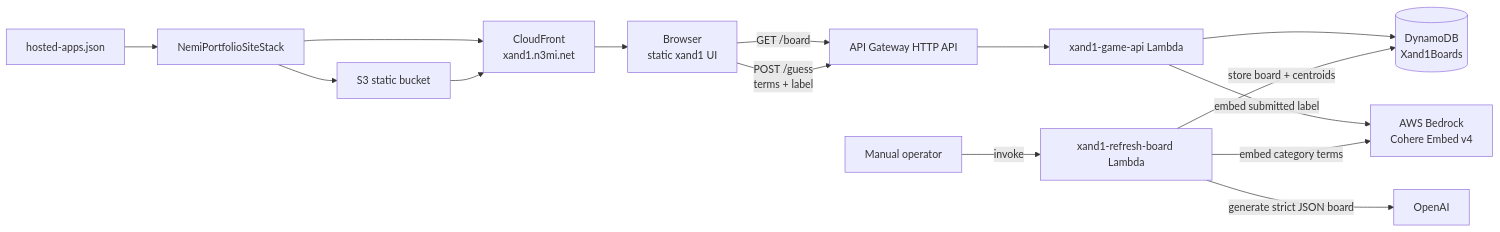
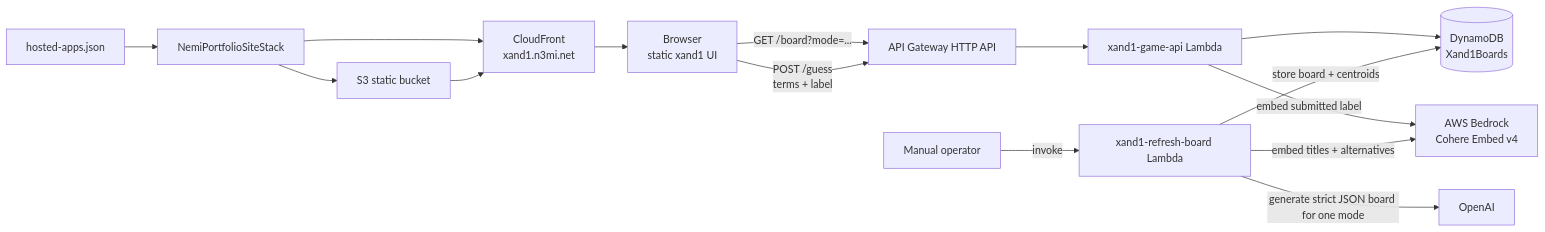
The first of 4 diagrams in projects/xand1/README.md (nemi-systems/nextjs-portfoliosite), drawn with Mermaid before and after one commit. The commit also changed other lines of this file and 20 other files, not shown here.

````diff
--- a/projects/xand1/README.md
+++ b/projects/xand1/README.md
@@ -17,18 +16,18 @@
 ```mermaid
 flowchart LR
-  Browser[Browser\nstatic xand1 UI] -->|GET /board| Api[API Gateway HTTP API]
+  Browser[Browser\nstatic xand1 UI] -->|GET /board?mode=...| Api[API Gateway HTTP API]
   Browser -->|POST /guess\nterms + label| Api
   Api --> GameLambda[xand1-game-api Lambda]
   GameLambda --> Ddb[(DynamoDB\nXand1Boards)]
   GameLambda -->|embed submitted label| Bedrock[AWS Bedrock\nCohere Embed v4]
 
   Admin[Manual operator] -->|invoke| RefreshLambda[xand1-refresh-board Lambda]
-  RefreshLambda -->|generate strict JSON board| OpenAI[OpenAI]
-  RefreshLambda -->|embed category terms| Bedrock
+  RefreshLambda -->|generate strict JSON board for one mode| OpenAI[OpenAI]
+  RefreshLambda -->|embed titles + alternatives| Bedrock
   RefreshLambda -->|store board + centroids| Ddb
 
   HostedApps[hosted-apps.json] --> StaticStack[NemiPortfolioSiteStack]
   StaticStack --> S3[S3 static bucket]
   StaticStack --> CloudFront[CloudFront\nxand1.n3mi.net]
   S3 --> CloudFront --> Browser
 ```
````
